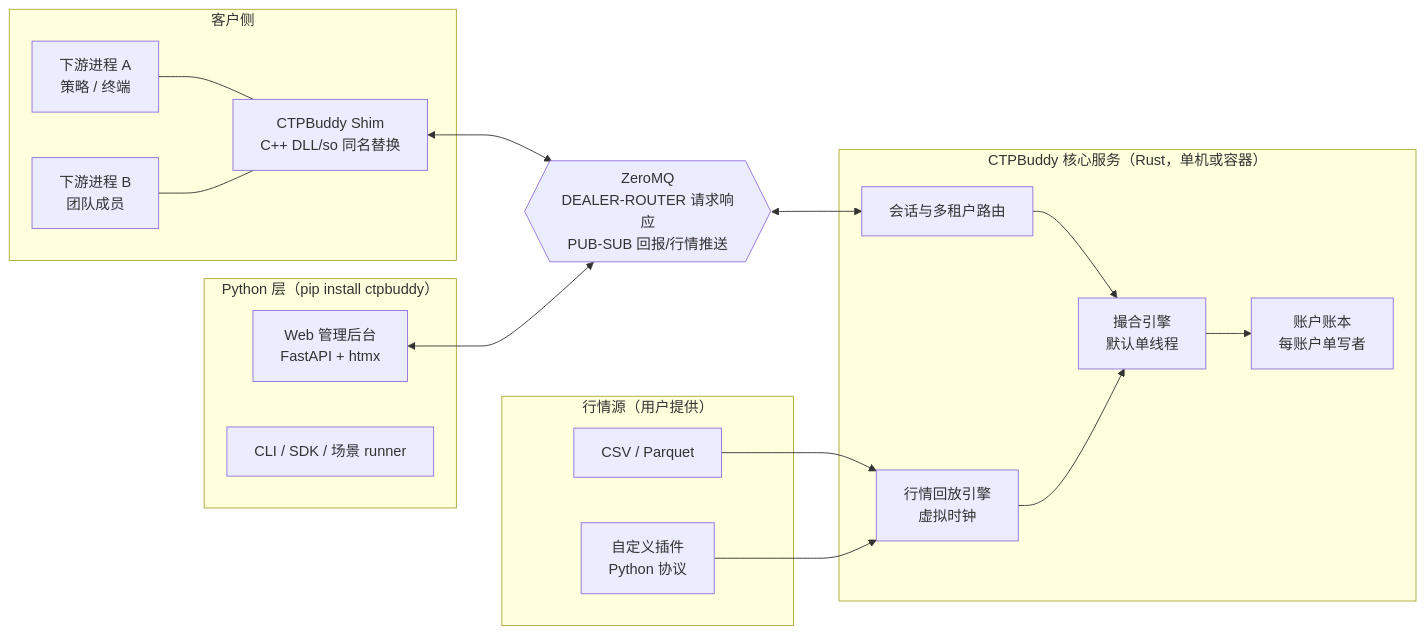
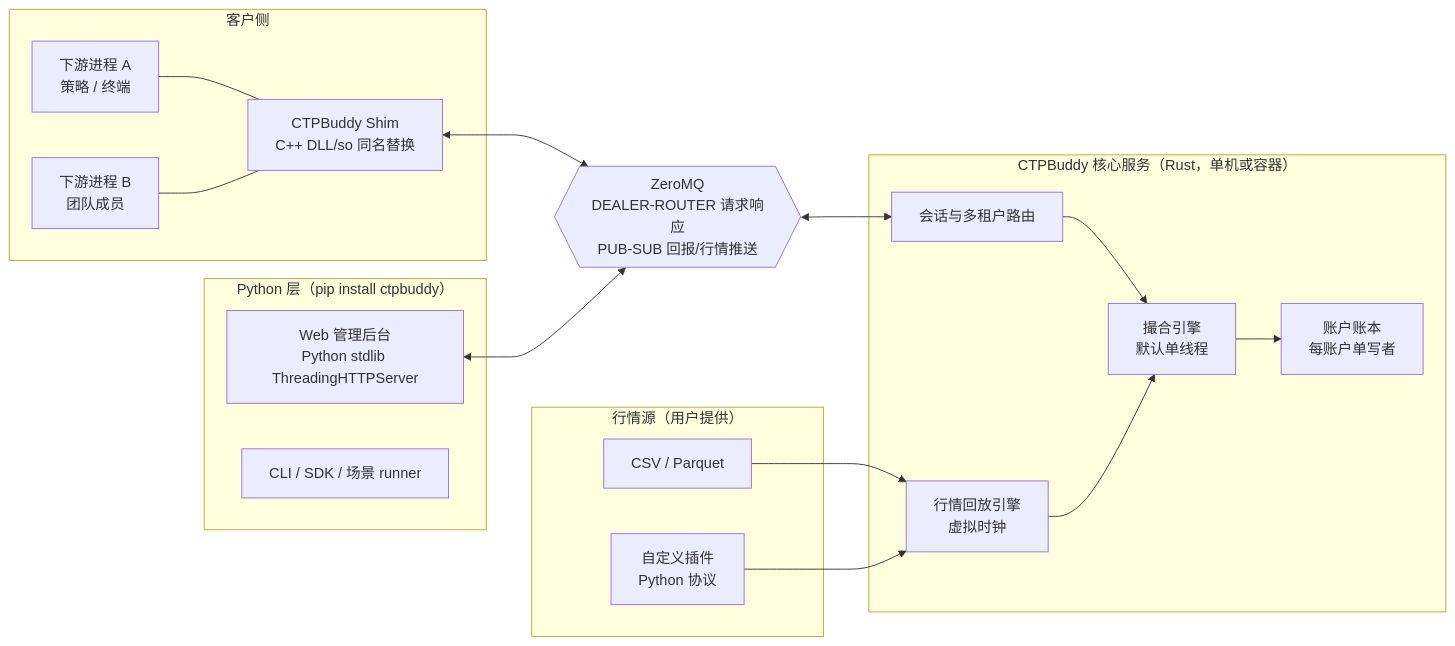
One commit to charleszu/ctpbuddy changed the first of 2 diagrams in DESIGN.md. Above: the diagram before and after it, drawn with Mermaid. The commit also changed other lines of this file and 17 other files, not shown here.

````diff
--- a/DESIGN.md
+++ b/DESIGN.md
@@ -70,33 +70,33 @@
 ```mermaid
 flowchart LR
   subgraph 客户侧
     C1[下游进程 A<br/>策略 / 终端]
     C2[下游进程 B<br/>团队成员]
     S[CTPBuddy Shim<br/>C++ DLL/so 同名替换]
     C1 --- S
     C2 --- S
   end
   subgraph Python 层["Python 层（pip install ctpbuddy）"]
-    W[Web 管理后台<br/>FastAPI + htmx]
+    W[Web 管理后台<br/>Python stdlib ThreadingHTTPServer]
     K[CLI / SDK / 场景 runner]
   end
   ZMQ{{"ZeroMQ<br/>DEALER-ROUTER 请求响应<br/>PUB-SUB 回报/行情推送"}}
   subgraph Rust 核心["CTPBuddy 核心服务（Rust，单机或容器）"]
     R[会话与多租户路由]
     M[行情回放引擎<br/>虚拟时钟]
     E[撮合引擎<br/>默认单线程]
     L[账户账本<br/>每账户单写者]
     R --> E
     M --> E
     E --> L
   end
   subgraph 行情源["行情源（用户提供）"]
     P1[CSV / Parquet]
     P2[自定义插件<br/>Python 协议]
   end
   P1 --> M
   P2 --> M
   S <--> ZMQ
   W <--> ZMQ
   ZMQ <--> R
 ```
````
